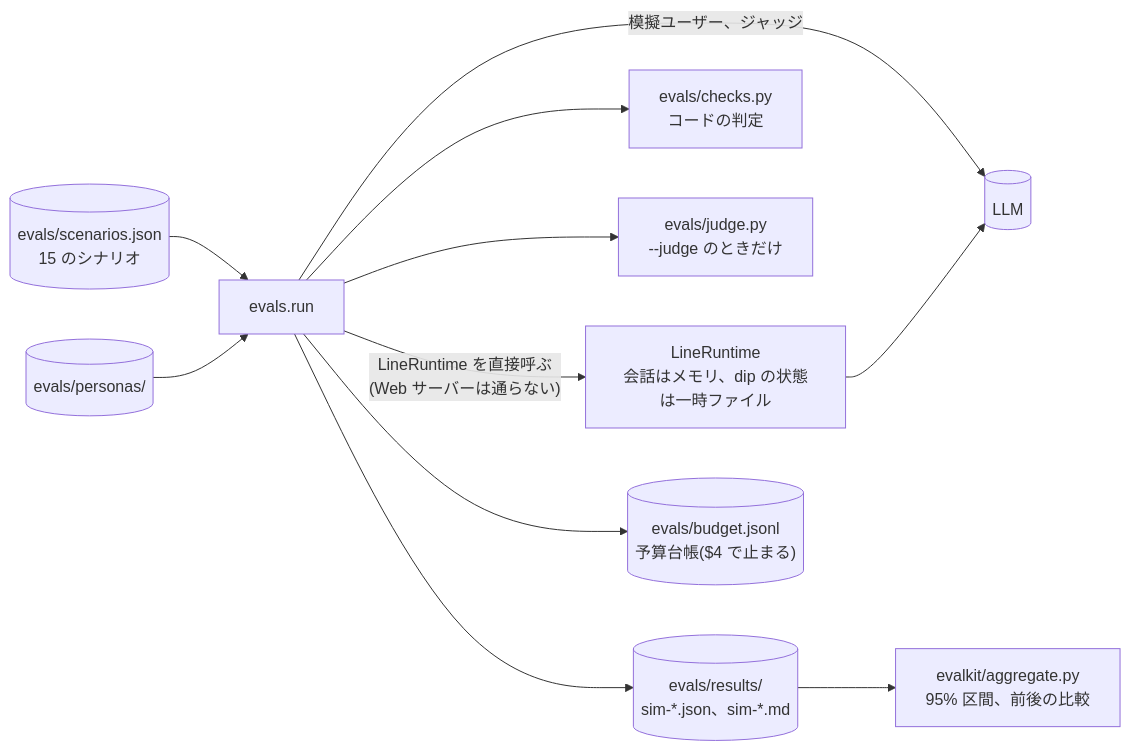
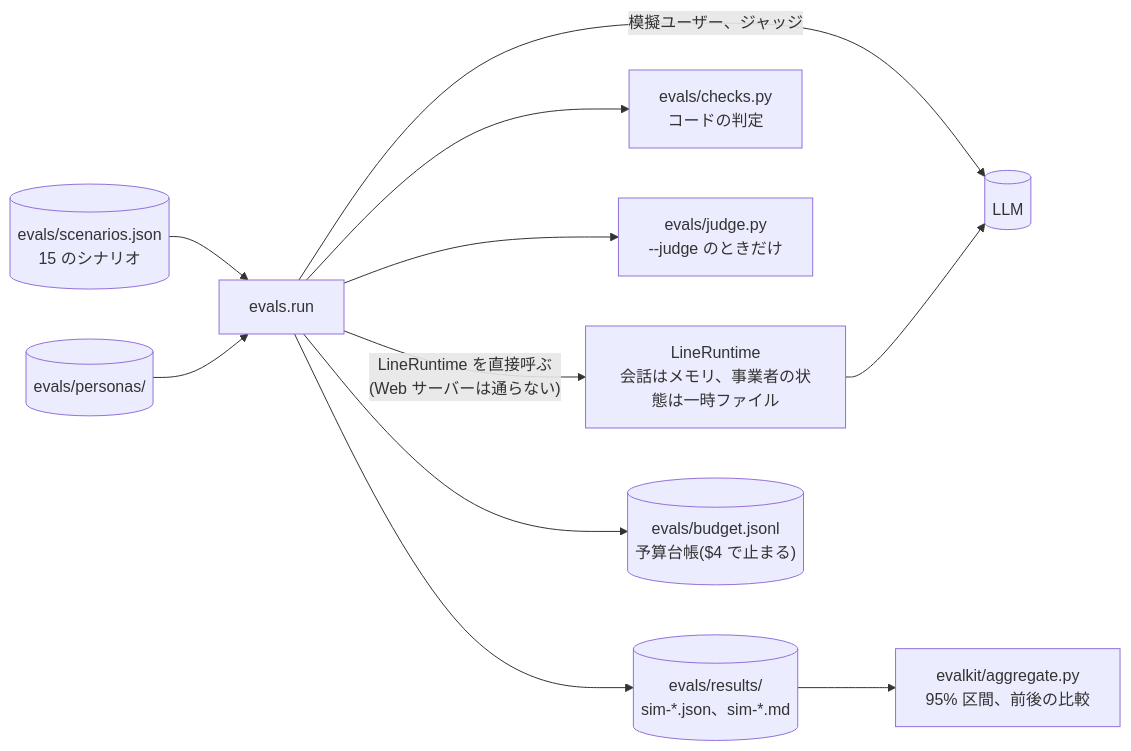
Before and after one commit to jyoka/aica: the seventh of 15 diagrams in docs/architecture/hld.md, drawn with Mermaid. The commit also changed other lines of this file and 51 other files, not shown here.

````diff
--- a/docs/architecture/hld.md
+++ b/docs/architecture/hld.md
@@ -539,13 +539,13 @@
 ```mermaid
 flowchart LR
     sc[("evals/scenarios.json<br/>15 のシナリオ")] --> run["evals.run"]
     per[("evals/personas/")] --> run
-    run -- "LineRuntime を直接呼ぶ<br/>(Web サーバーは通らない)" --> rt["LineRuntime<br/>会話はメモリ、dip の状態は一時ファイル"]
+    run -- "LineRuntime を直接呼ぶ<br/>(Web サーバーは通らない)" --> rt["LineRuntime<br/>会話はメモリ、事業者の状態は一時ファイル"]
     run -- "模擬ユーザー、ジャッジ" --> llm[("LLM")]
     rt --> llm
     run --> checks["evals/checks.py<br/>コードの判定"]
     run --> judge["evals/judge.py<br/>--judge のときだけ"]
     run --> out[("evals/results/<br/>sim-*.json、sim-*.md")]
     run --> budget[("evals/budget.jsonl<br/>予算台帳($4 で止まる)")]
     out --> kit["evalkit/aggregate.py<br/>95% 区間、前後の比較"]
 ```
````
